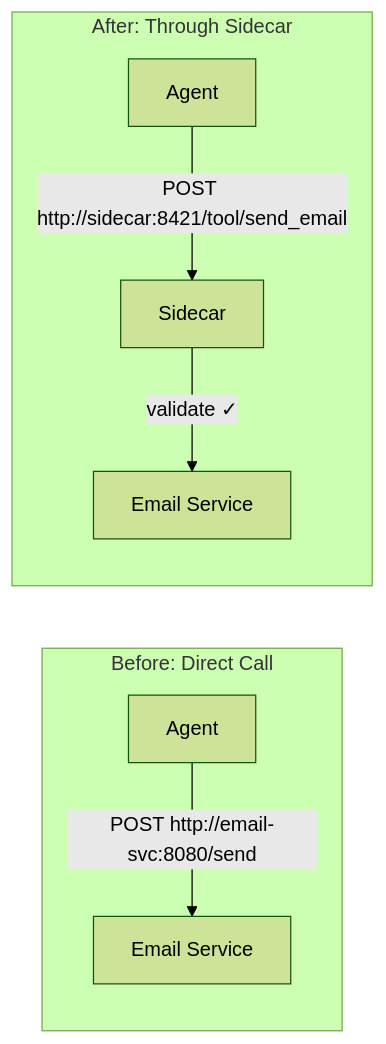
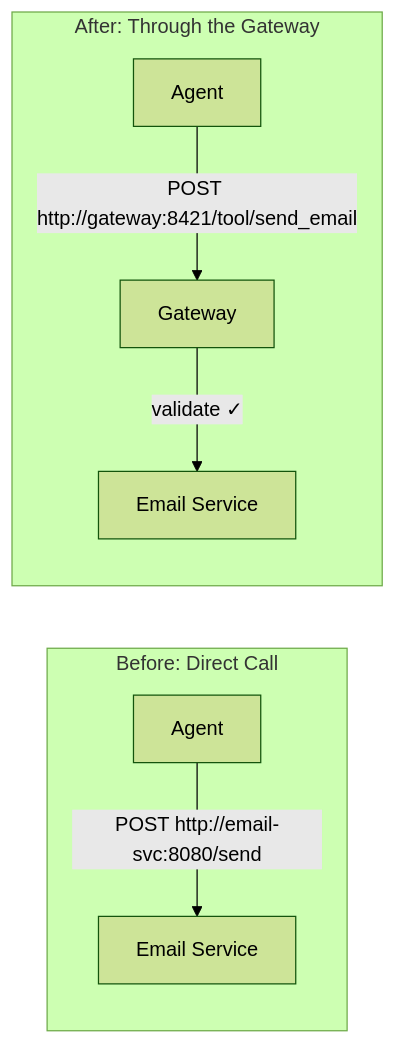
One commit to hk-775/ostiari changed the ninth of 41 diagrams in docs/gateway-architecture.md. Above: the diagram before and after it, drawn with Mermaid (forest theme). The commit also changed other lines of this file and 21 other files, not shown here.

````diff
--- a/docs/gateway-architecture.md
+++ b/docs/gateway-architecture.md
@@ -582,11 +839,11 @@
 ```mermaid
 flowchart LR
     subgraph "Before: Direct Call"
         A1[Agent] -->|"POST http://email-svc:8080/send"| T1[Email Service]
     end
 
-    subgraph "After: Through Sidecar"
-        A2[Agent] -->|"POST http://sidecar:8421/tool/send_email"| SC[Sidecar]
+    subgraph "After: Through the Gateway"
+        A2[Agent] -->|"POST http://gateway:8421/tool/send_email"| SC[Gateway]
         SC -->|validate ✓| T2[Email Service]
     end
 ```
````
